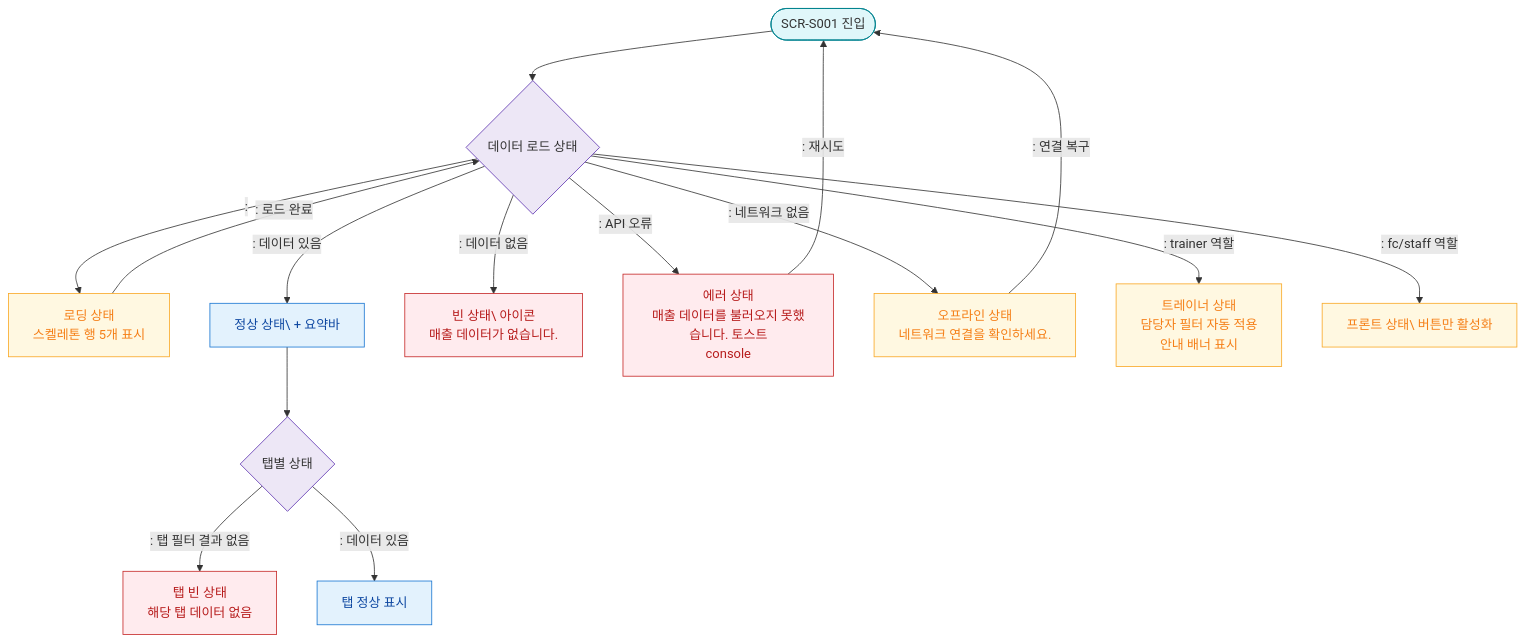
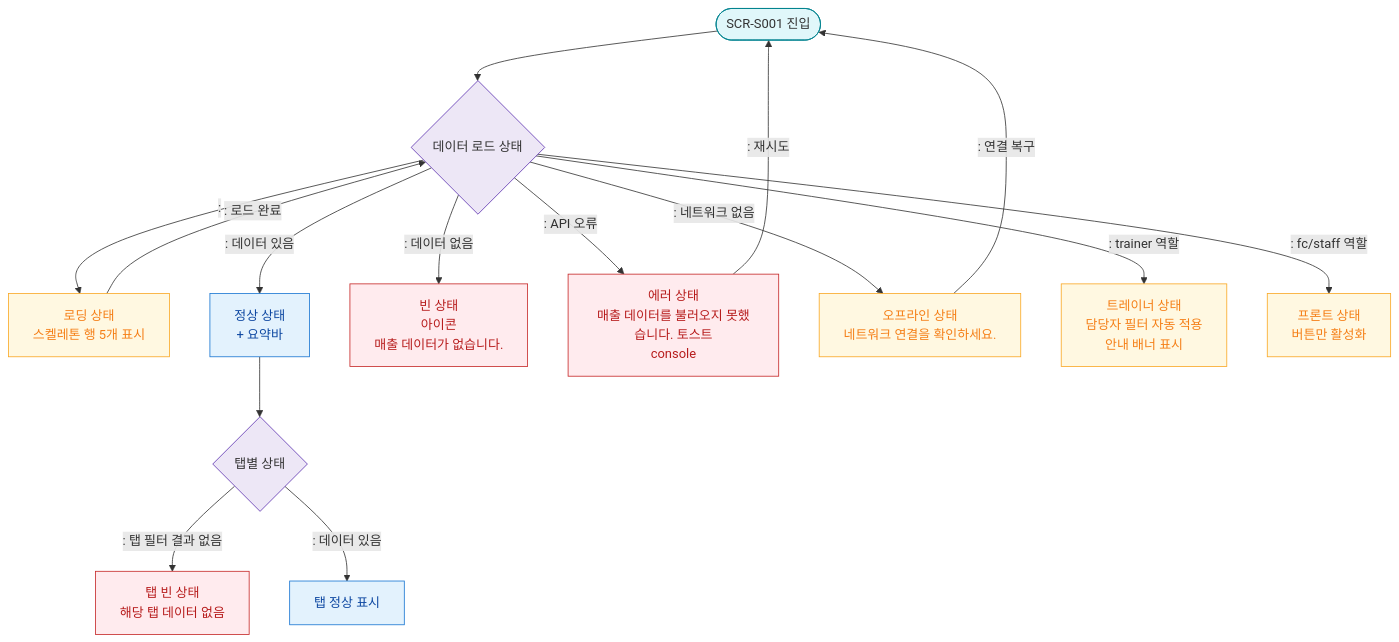
One commit to dev-spogym/admin-pando changed the diagram in docs/admin/다이어그램/D03_매출관리/SCR-S001_매출현황/F6_상태별.md. Above: the diagram before and after it, drawn with Mermaid. The commit also changed 369 other files, not shown here.

````diff
--- a/docs/admin/다이어그램/D03_매출관리/SCR-S001_매출현황/F6_상태별.md
+++ b/docs/admin/다이어그램/D03_매출관리/SCR-S001_매출현황/F6_상태별.md
@@ -18,32 +18,32 @@
 ```mermaid
 flowchart TD
     ENTRY([SCR-S001 진입]) --> LOAD_STATE{데이터 로드 상태}
 
     LOAD_STATE -->|": "|SKELETON[로딩 상태\n스켈레톤 행 5개 표시]
-    LOAD_STATE -->|": 데이터 있음"|NORMAL[정상 상태\ + 요약바]
-    LOAD_STATE -->|": 데이터 없음"|EMPTY[빈 상태\ 아이콘\n매출 데이터가 없습니다.]
+    LOAD_STATE -->|": 데이터 있음"|NORMAL[정상 상태<br/> + 요약바]
+    LOAD_STATE -->|": 데이터 없음"|EMPTY[빈 상태<br/> 아이콘\n매출 데이터가 없습니다.]
     LOAD_STATE -->|": API 오류"|ERROR[에러 상태\n매출 데이터를 불러오지 못했습니다. 토스트\nconsole]
     LOAD_STATE -->|": 네트워크 없음"|OFFLINE[오프라인 상태\n네트워크 연결을 확인하세요.]
     LOAD_STATE -->|": trainer 역할"|TRAINER_STATE[트레이너 상태\n담당자 필터 자동 적용\n안내 배너 표시]
-    LOAD_STATE -->|": fc/staff 역할"|FC_STATE[프론트 상태\ 버튼만 활성화]
+    LOAD_STATE -->|": fc/staff 역할"|FC_STATE[프론트 상태<br/> 버튼만 활성화]
 
     SKELETON -->|": 로드 완료"|LOAD_STATE
     ERROR -->|": 재시도"|ENTRY
     OFFLINE -->|": 연결 복구"|ENTRY
 
     NORMAL --> TAB_STATE{탭별 상태}
     TAB_STATE -->|": 탭 필터 결과 없음"|TAB_EMPTY[탭 빈 상태\n해당 탭 데이터 없음]
     TAB_STATE -->|": 데이터 있음"|TAB_NORMAL[탭 정상 표시]
 
     classDef screen fill:#E3F2FD,stroke:#1976D2,color:#0D47A1
     classDef error fill:#FFEBEE,stroke:#C62828,color:#B71C1C
     classDef warning fill:#FFF8E1,stroke:#F9A825,color:#F57F17
     classDef system fill:#EDE7F6,stroke:#5E35B2
     classDef info fill:#E0F7FA,stroke:#00838F
 
     class NORMAL,TAB_NORMAL screen
     class ERROR,EMPTY,TAB_EMPTY error
     class SKELETON,OFFLINE,TRAINER_STATE,FC_STATE warning
     class LOAD_STATE,TAB_STATE system
     class ENTRY info
 ```
````
